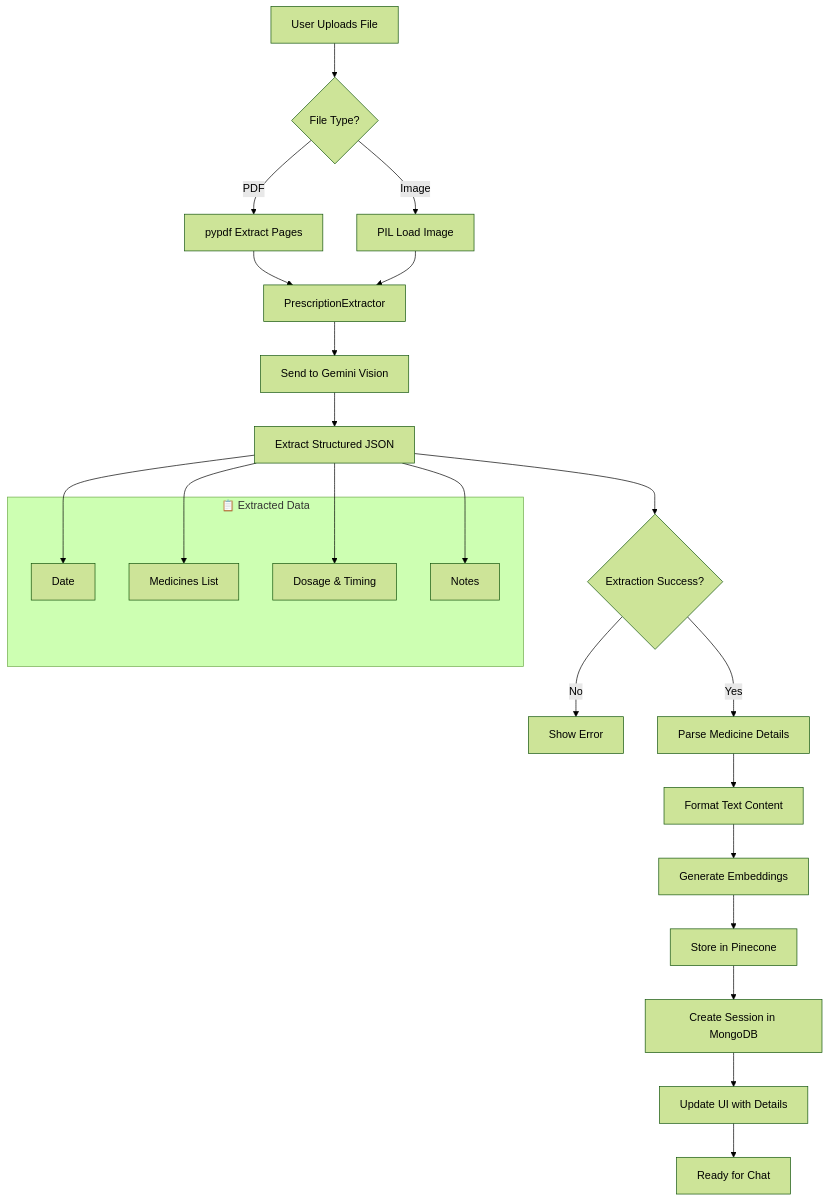
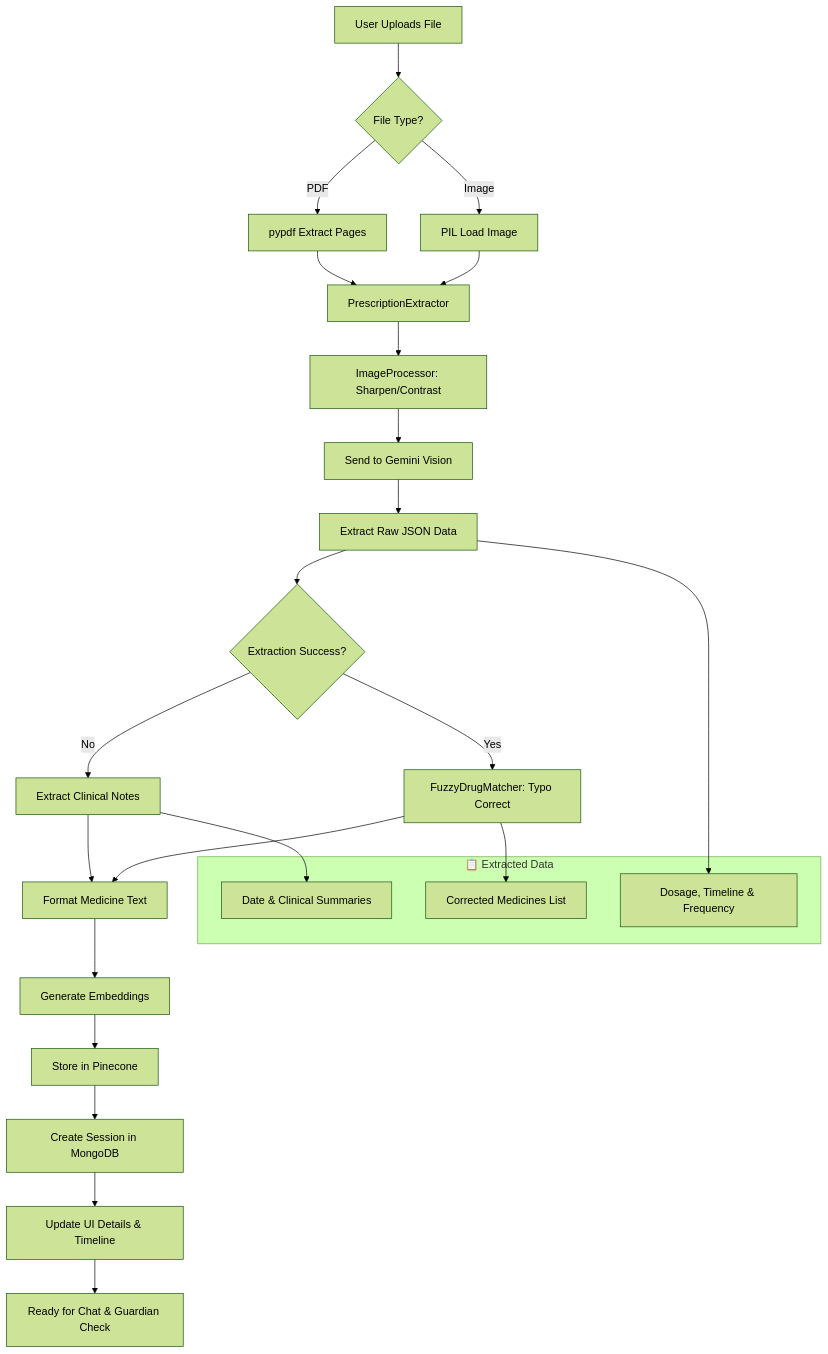
The third of 8 diagrams in workflow_diagrams.md (akshit40/-Clarity-Rx-), drawn with Mermaid (forest theme) before and after one commit. The commit also changed other lines of this file and 1 other file, not shown here.

Commit message:
docs: Update README and workflow diagrams for Clarity Rx 5.0

````diff
--- a/workflow_diagrams.md
+++ b/workflow_diagrams.md
@@ -86,36 +93,37 @@
 ```mermaid
 flowchart TD
     A[User Uploads File] --> B{File Type?}
     B -->|PDF| C[pypdf Extract Pages]
     B -->|Image| D[PIL Load Image]
     
     C --> E[PrescriptionExtractor]
     D --> E
     
-    E --> F[Send to Gemini Vision]
-    F --> G[Extract Structured JSON]
+    E --> V[ImageProcessor: Sharpen/Contrast]
+    V --> F[Send to Gemini Vision]
+    F --> G[Extract Raw JSON Data]
     
     G --> H{Extraction Success?}
-    H -->|No| I[Show Error]
-    H -->|Yes| J[Parse Medicine Details]
+    H -->|No| I[Extract Clinical Notes]
+    H -->|Yes| J[FuzzyDrugMatcher: Typo Correct]
     
-    J --> K[Format Text Content]
+    J --> K[Format Medicine Text]
+    I --> K
+    
     K --> L[Generate Embeddings]
     L --> M[Store in Pinecone]
     
     M --> N[Create Session in MongoDB]
-    N --> O[Update UI with Details]
-    O --> P[Ready for Chat]
+    N --> O[Update UI Details & Timeline]
+    O --> P[Ready for Chat & Guardian Check]
     
     subgraph Extracted["📋 Extracted Data"]
-        Q[Date]
-        R[Medicines List]
-        S[Dosage & Timing]
-        T[Notes]
+        Q[Date & Clinical Summaries]
+        R[Corrected Medicines List]
+        S[Dosage, Timeline & Frequency]
     end
     
-    G --> Q
-    G --> R
+    J --> R
+    I --> Q
     G --> S
-    G --> T
 ```
````
